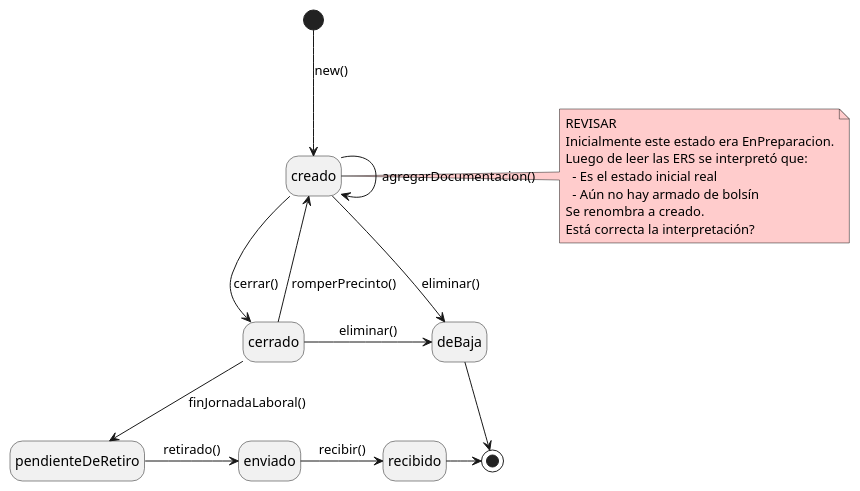
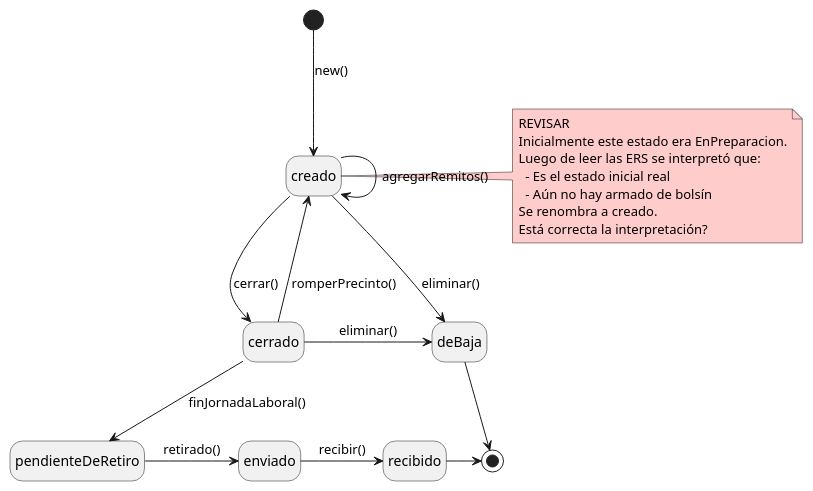
The diagram in doc/CU28_RegistrarRecepcionDeBolsin/ME_Bolsin.puml (JuanjoCasas/PPAI-Bolsin), drawn with PlantUML before and after one commit. The commit also changed 1 other file, not shown here.

```diff
--- a/doc/CU28_RegistrarRecepcionDeBolsin/ME_Bolsin.puml
+++ b/doc/CU28_RegistrarRecepcionDeBolsin/ME_Bolsin.puml
@@ -1,30 +1,30 @@
 @startuml "Maquina de estado del Bolsin"
 hide empty description
 
 [*] --> creado : new()
-creado -> creado : agregarDocumentacion()
+creado -> creado : agregarRemitos()
 creado -> deBaja : eliminar()
 creado --> cerrado : cerrar()
 
 cerrado -> creado : romperPrecinto()
 cerrado -> deBaja : eliminar()
 cerrado --> pendienteDeRetiro : finJornadaLaboral()
 
 pendienteDeRetiro -> enviado : retirado()
 
 enviado -> recibido : recibir()
 
 deBaja -> [*]
 recibido -> [*]
 
 note right of creado #FFCCCC
     REVISAR
     Inicialmente este estado era EnPreparacion.
     Luego de leer las ERS se interpretó que:
       - Es el estado inicial real
       - Aún no hay armado de bolsín
     Se renombra a creado.
     Está correcta la interpretación?
 end note
 
 @enduml
```
